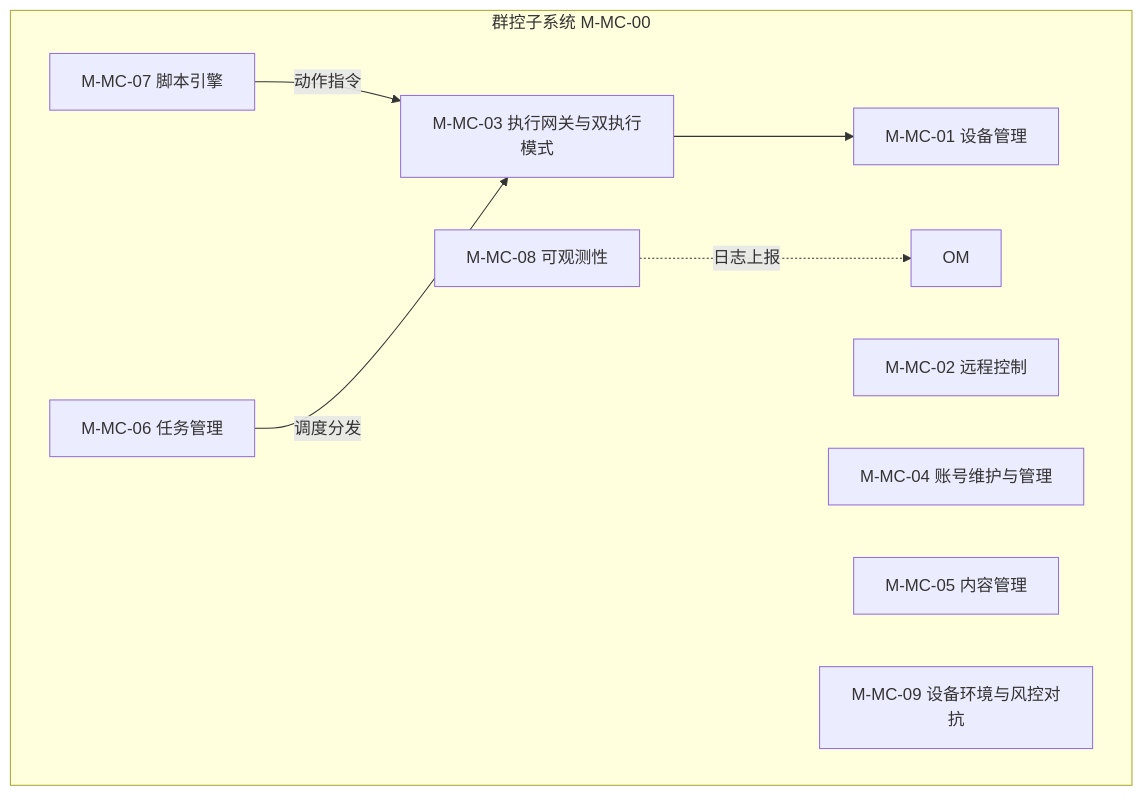
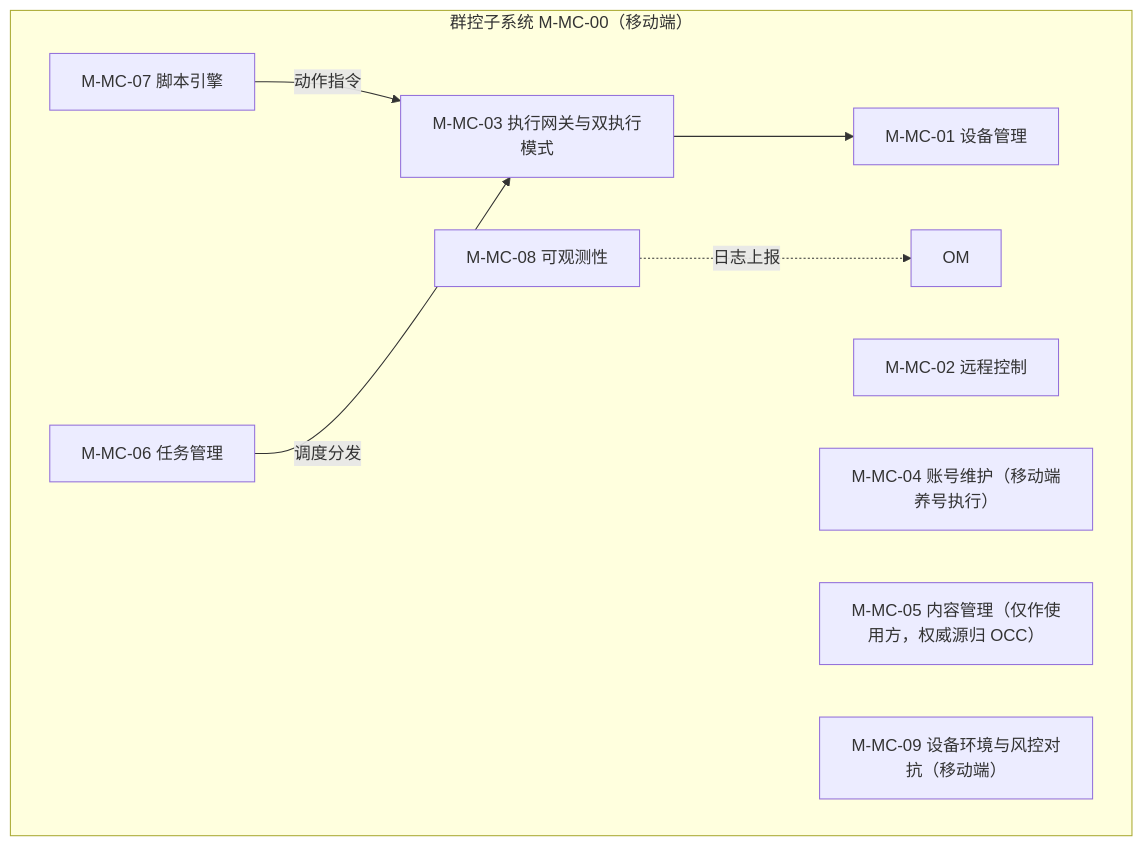
One commit to Sj-g/obsidian changed the tenth of 14 diagrams in 公司项目/认知作战/文档/软件概要设计说明.md. Above: the diagram before and after it, drawn with Mermaid. The commit also changed other lines of this file and 1 other file, not shown here.

````diff
--- a/公司项目/认知作战/文档/软件概要设计说明.md
+++ b/公司项目/认知作战/文档/软件概要设计说明.md
@@ -1163,18 +1172,18 @@
 ```mermaid
 flowchart TB
-    subgraph MC["群控子系统 M-MC-00"]
+    subgraph MC["群控子系统 M-MC-00（移动端）"]
         MC1["M-MC-01 设备管理"]
         MC2["M-MC-02 远程控制"]
         MC3["M-MC-03 执行网关与双执行模式"]
-        MC4["M-MC-04 账号维护与管理"]
-        MC5["M-MC-05 内容管理"]
+        MC4["M-MC-04 账号维护（移动端养号执行）"]
+        MC5["M-MC-05 内容管理（仅作使用方，权威源归 OCC）"]
         MC6["M-MC-06 任务管理"]
         MC7["M-MC-07 脚本引擎"]
         MC8["M-MC-08 可观测性"]
-        MC9["M-MC-09 设备环境与风控对抗"]
+        MC9["M-MC-09 设备环境与风控对抗（移动端）"]
         MC7 -->|"动作指令"| MC3
         MC6 -->|"调度分发"| MC3
         MC3 --> MC1
         MC8 -.->|"日志上报"| OM2["OM"]
     end
 ```
````
